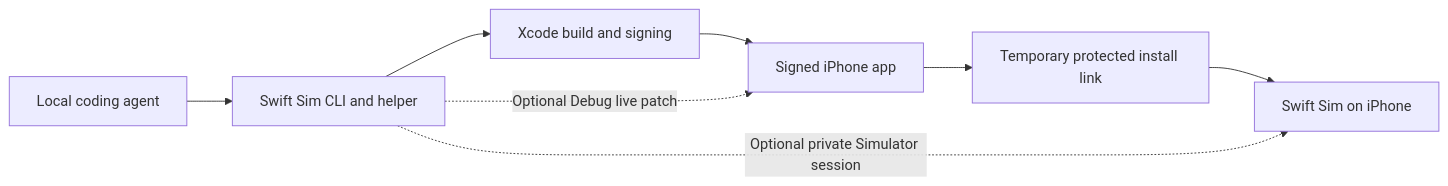
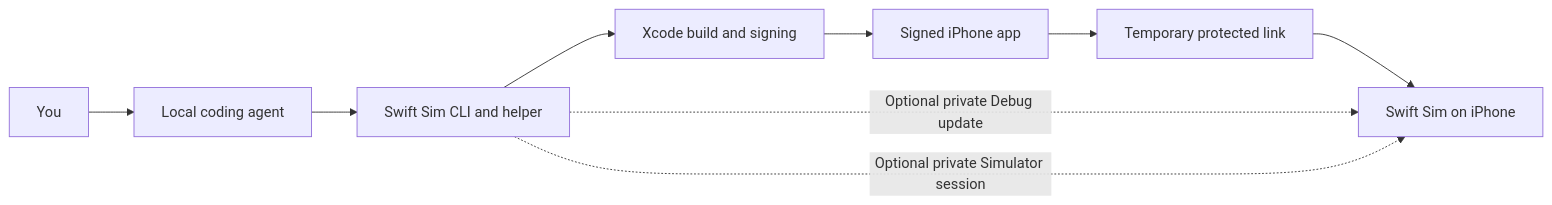
One commit to Miguelosaurus/Swift-Sim changed the diagram in README.md. Above: the diagram before and after it, drawn with Mermaid. The commit also changed other lines of this file and 22 other files, not shown here.

````diff
--- a/README.md
+++ b/README.md
@@ -41,10 +92,11 @@
 ```mermaid
 flowchart LR
-    Agent["Local coding agent"] --> Helper["Swift Sim CLI and helper"]
+    User["You"] --> Agent["Local coding agent"]
+    Agent --> Helper["Swift Sim CLI and helper"]
     Helper --> Xcode["Xcode build and signing"]
     Xcode --> Build["Signed iPhone app"]
-    Build --> Tunnel["Temporary protected install link"]
-    Tunnel --> Phone["Swift Sim on iPhone"]
-    Helper -. "Optional Debug live patch" .-> Build
+    Build --> Link["Temporary protected link"]
+    Link --> Phone["Swift Sim on iPhone"]
+    Helper -. "Optional private Debug update" .-> Phone
     Helper -. "Optional private Simulator session" .-> Phone
 ```
````
